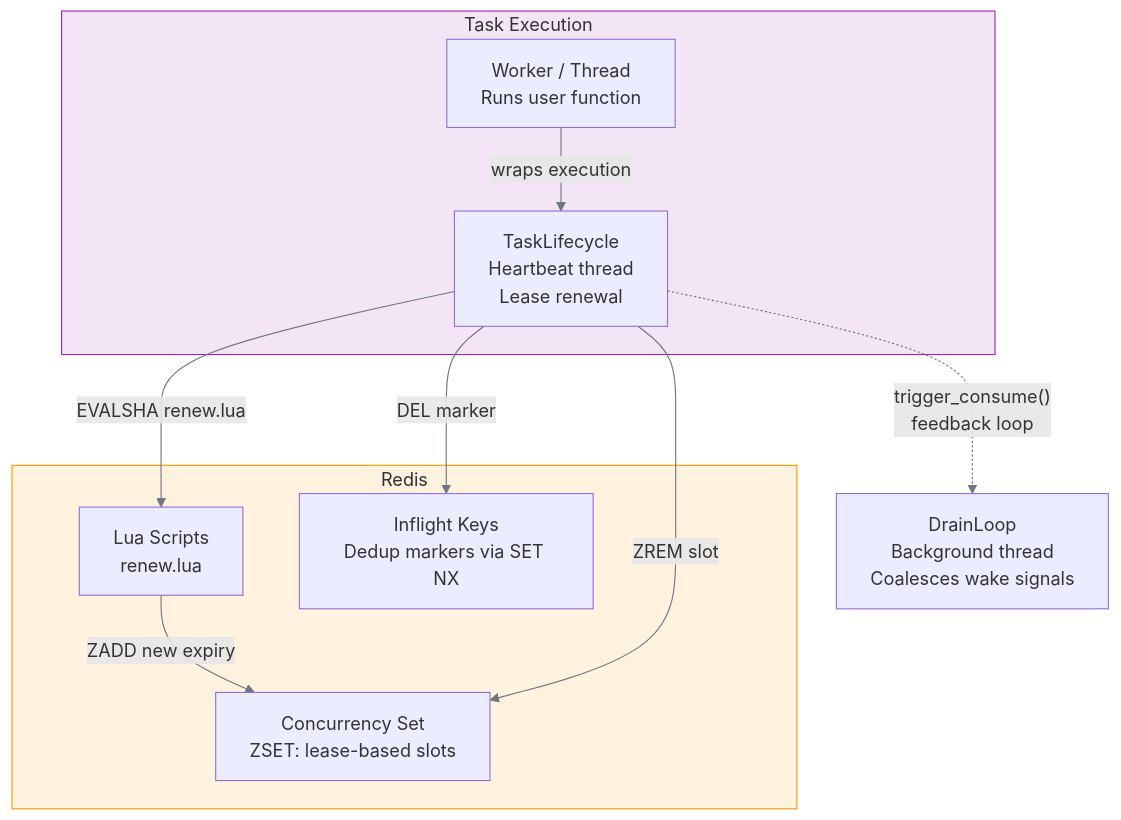
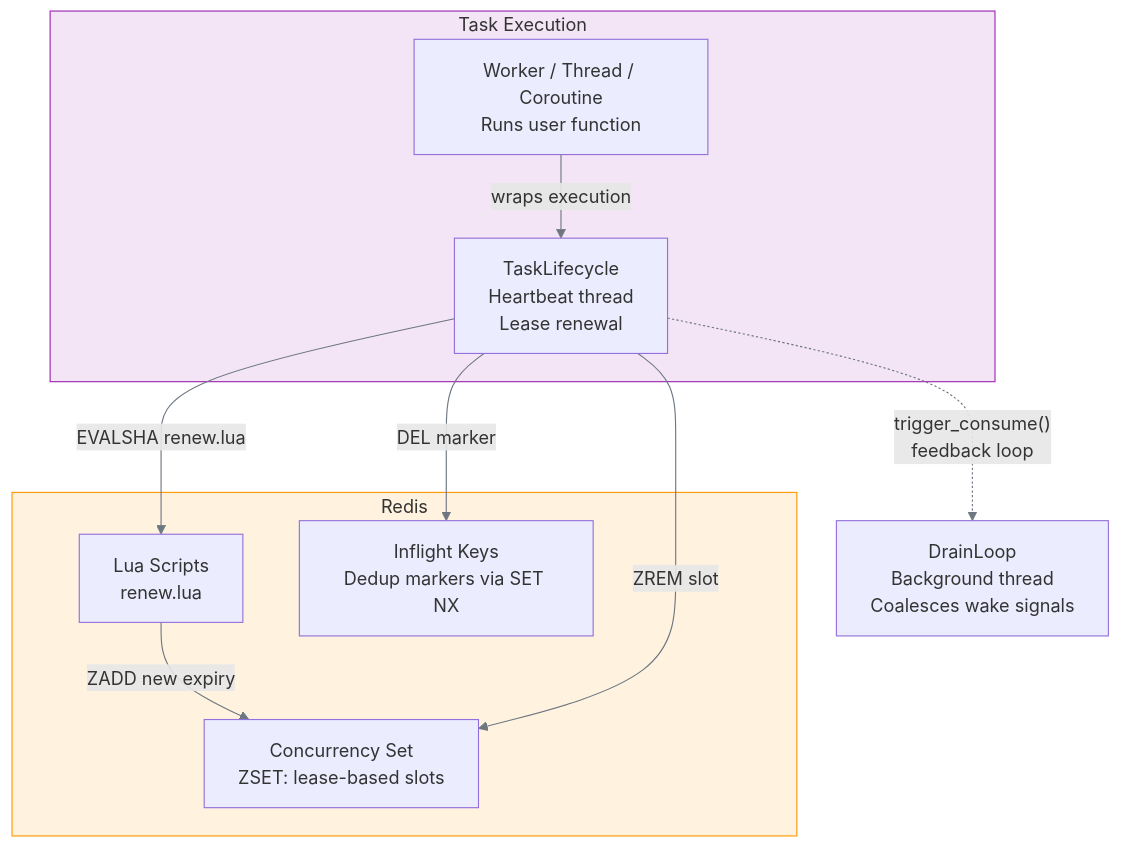
Before and after one commit to melroy999/redis-rate-limiter: the fourth of 5 diagrams in docs/architecture/components.md, drawn with Mermaid. The commit also changed other lines of this file and 12 other files, not shown here.

````diff
--- a/docs/architecture/components.md
+++ b/docs/architecture/components.md
@@ -160,26 +160,26 @@
 ```mermaid
 %%{init: {"theme": "default", "themeVariables": {"lineColor": "#6e7781"}}}%%
 graph TD
     subgraph Execution ["Task Execution"]
-        Worker["Worker / Thread<br>Runs user function"]
+        Worker["Worker / Thread / Coroutine<br>Runs user function"]
         Lifecycle["TaskLifecycle<br>Heartbeat thread<br>Lease renewal"]
     end
 
     subgraph Redis ["Redis"]
         LuaScripts["Lua Scripts<br>renew.lua"]
         ConcurrencySet["Concurrency Set<br>ZSET: lease-based slots"]
         Inflight["Inflight Keys<br>Dedup markers via SET NX"]
     end
 
     DrainLoop["DrainLoop<br>Background thread<br>Coalesces wake signals"]
 
     Worker -->|"wraps execution"| Lifecycle
     Lifecycle -->|"EVALSHA renew.lua"| LuaScripts
     LuaScripts -->|"ZADD new expiry"| ConcurrencySet
     Lifecycle -->|"ZREM slot"| ConcurrencySet
     Lifecycle -->|"DEL marker"| Inflight
     Lifecycle -.->|"trigger_consume()<br>feedback loop"| DrainLoop
 
     style Execution fill:#f3e5f5,stroke:#9C27B0
     style Redis fill:#fff3e0,stroke:#FF9800
 ```
````
